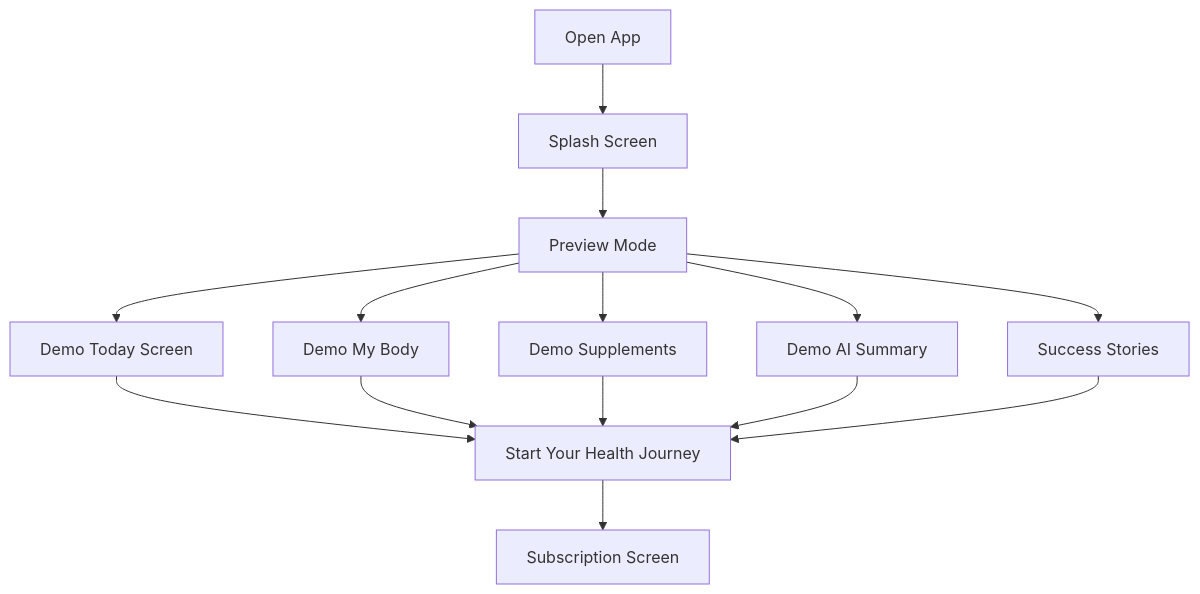
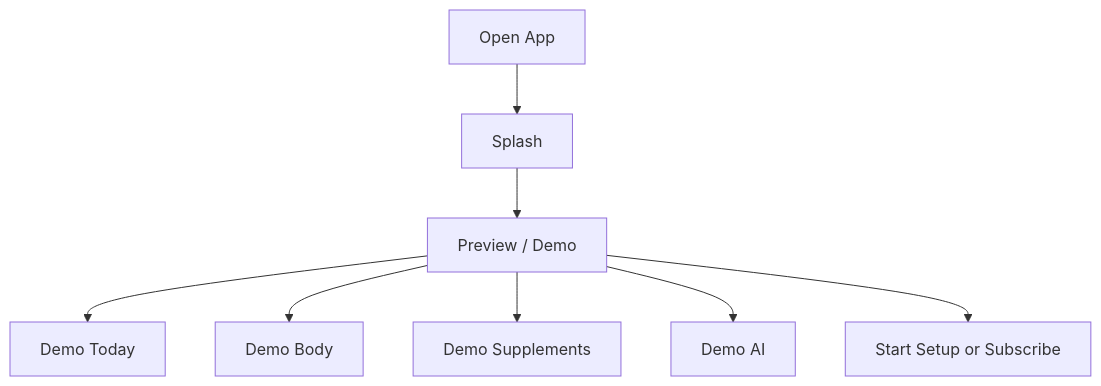
One commit to Yaroslavkukin/HealthCoach changed the second of 20 diagrams in docs/USER_FLOW.md. Above: the diagram before and after it, drawn with Mermaid. The commit also changed other lines of this file and 20 other files, not shown here.

````diff
--- a/docs/USER_FLOW.md
+++ b/docs/USER_FLOW.md
@@ -190,16 +106,10 @@
 ```mermaid
 flowchart TD
-    A[Open App] --> B[Splash Screen]
-    B --> C[Preview Mode]
-    C --> D[Demo Today Screen]
-    C --> E[Demo My Body]
+    A[Open App] --> B[Splash]
+    B --> C[Preview / Demo]
+    C --> D[Demo Today]
+    C --> E[Demo Body]
     C --> F[Demo Supplements]
-    C --> G[Demo AI Summary]
-    C --> H[Success Stories]
-    D --> I[Start Your Health Journey]
-    E --> I
-    F --> I
-    G --> I
-    H --> I
-    I --> J[Subscription Screen]
+    C --> G[Demo AI]
+    C --> H[Start Setup or Subscribe]
 ```
````
